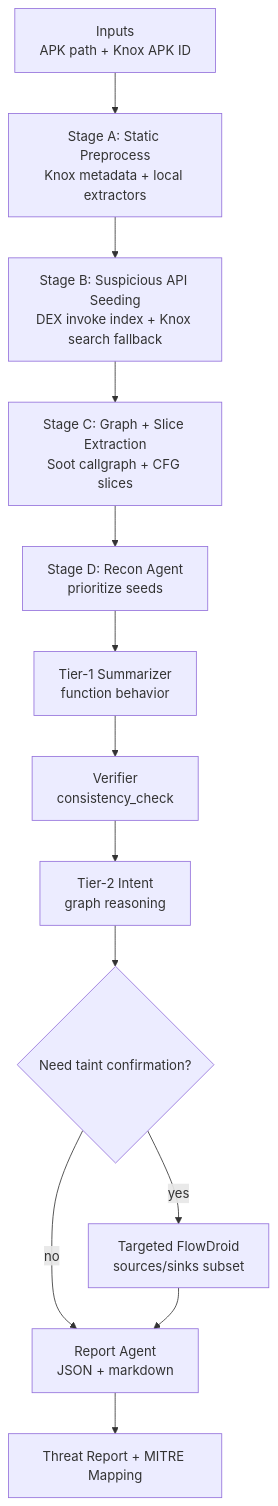
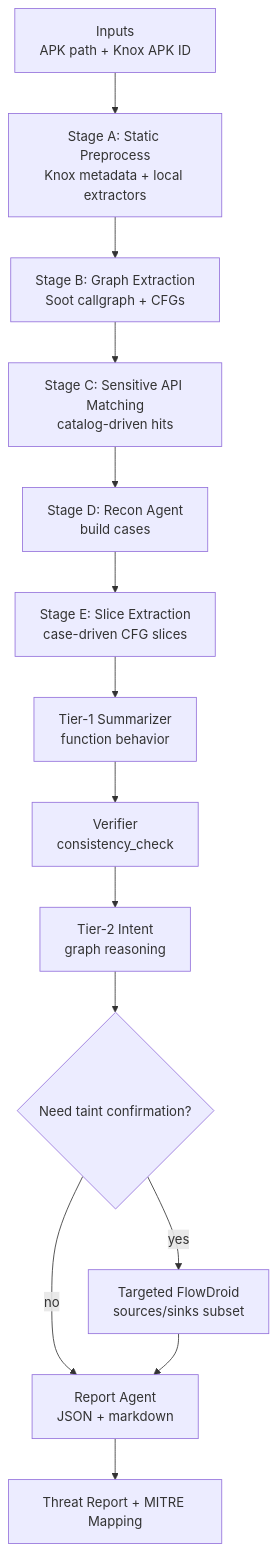
Before and after one commit to yxl74/aagv3: the first of 2 diagrams in README.md, drawn with Mermaid. The commit also changed other lines of this file and 12 other files, not shown here.

Commit message:
Add sensitive API matching and recon cases

````diff
--- a/README.md
+++ b/README.md
@@ -26,15 +26,16 @@
 ```mermaid
 flowchart TD
   A[Inputs<br/>APK path + Knox APK ID] --> B[Stage A: Static Preprocess<br/>Knox metadata + local extractors]
-  B --> C[Stage B: Suspicious API Seeding<br/>DEX invoke index + Knox search fallback]
-  C --> D[Stage C: Graph + Slice Extraction<br/>Soot callgraph + CFG slices]
-  D --> E[Stage D: Recon Agent<br/>prioritize seeds]
-  E --> F[Tier-1 Summarizer<br/>function behavior]
-  F --> G[Verifier<br/>consistency_check]
-  G --> H[Tier-2 Intent<br/>graph reasoning]
-  H --> I{Need taint confirmation?}
-  I -- yes --> J[Targeted FlowDroid<br/>sources/sinks subset]
-  I -- no --> K[Report Agent<br/>JSON + markdown]
-  J --> K
-  K --> L[Threat Report + MITRE Mapping]
+  B --> C[Stage B: Graph Extraction<br/>Soot callgraph + CFGs]
+  C --> D[Stage C: Sensitive API Matching<br/>catalog-driven hits]
+  D --> E[Stage D: Recon Agent<br/>build cases]
+  E --> F[Stage E: Slice Extraction<br/>case-driven CFG slices]
+  F --> G[Tier-1 Summarizer<br/>function behavior]
+  G --> H[Verifier<br/>consistency_check]
+  H --> I[Tier-2 Intent<br/>graph reasoning]
+  I --> J{Need taint confirmation?}
+  J -- yes --> K[Targeted FlowDroid<br/>sources/sinks subset]
+  J -- no --> L[Report Agent<br/>JSON + markdown]
+  K --> L
+  L --> M[Threat Report + MITRE Mapping]
 ```
````
